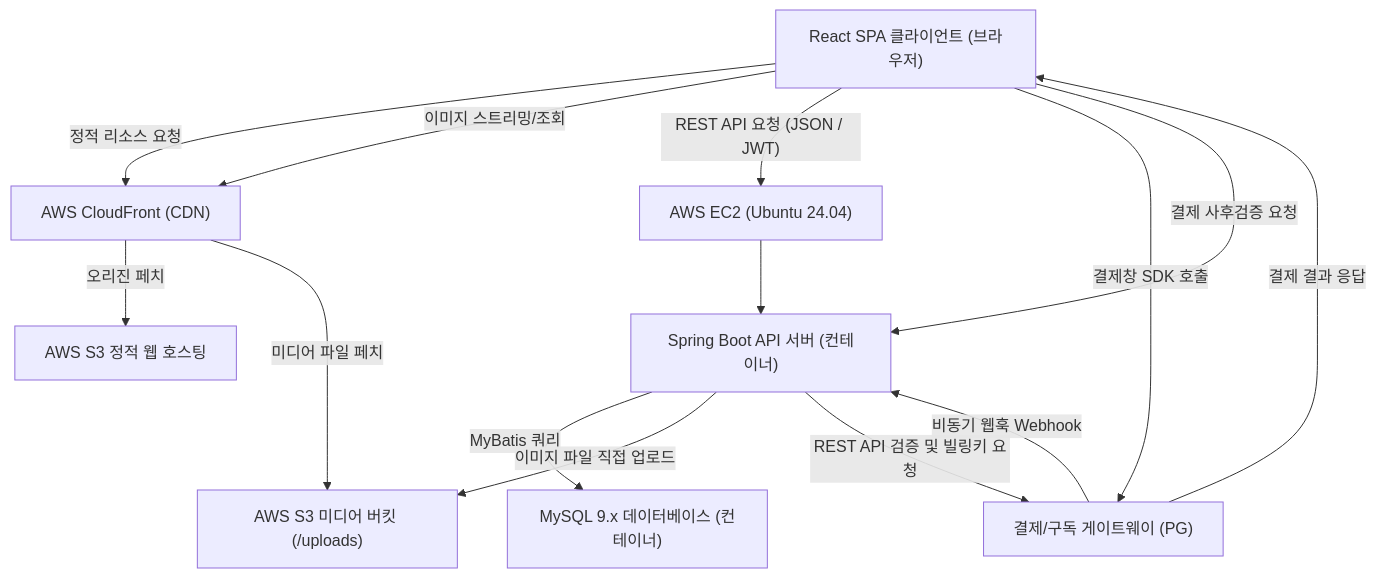
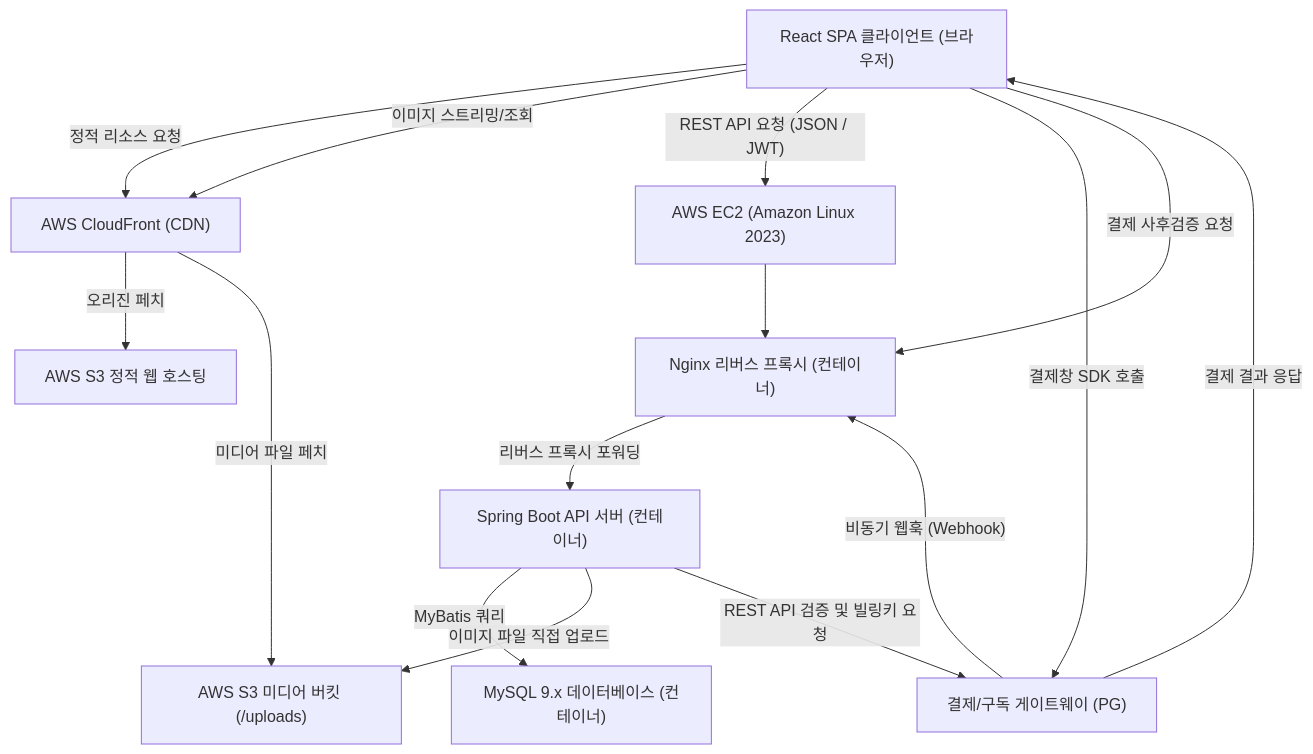
The diagram in docs/02_design/01_architecture.md (likelion-backend-25th/22-project-sns), drawn with Mermaid before and after one commit. The commit also changed other lines of this file, not shown here.

````diff
--- a/docs/02_design/01_architecture.md
+++ b/docs/02_design/01_architecture.md
@@ -15,27 +15,29 @@
 ```mermaid
 graph TD
     Client["React SPA 클라이언트 (브라우저)"]
     CloudFront["AWS CloudFront (CDN)"]
     S3_Static["AWS S3 정적 웹 호스팅"]
     S3_Media["AWS S3 미디어 버킷 (/uploads)"]
-    EC2["AWS EC2 (Ubuntu 24.04)"]
+    EC2["AWS EC2 (Amazon Linux 2023)"]
+    Docker_Nginx["Nginx 리버스 프록시 (컨테이너)"]
     Docker_App["Spring Boot API 서버 (컨테이너)"]
     Docker_DB["MySQL 9.x 데이터베이스 (컨테이너)"]
     PG_Gateway["결제/구독 게이트웨이 (PG)"]
 
     Client -->|정적 리소스 요청| CloudFront
     CloudFront -->|오리진 페치| S3_Static
     Client -->|이미지 스트리밍/조회| CloudFront
     CloudFront -->|미디어 파일 페치| S3_Media
 
     Client -->|"REST API 요청 (JSON / JWT)"| EC2
-    EC2 --> Docker_App
+    EC2 --> Docker_Nginx
+    Docker_Nginx -->|리버스 프록시 포워딩| Docker_App
     Docker_App -->|MyBatis 쿼리| Docker_DB
     Docker_App -->|이미지 파일 직접 업로드| S3_Media
 
     Client -->|결제창 SDK 호출| PG_Gateway
     PG_Gateway -->|결제 결과 응답| Client
-    Client -->|결제 사후검증 요청| Docker_App
+    Client -->|결제 사후검증 요청| Docker_Nginx
     Docker_App -->|REST API 검증 및 빌링키 요청| PG_Gateway
-    PG_Gateway -->|비동기 웹훅 Webhook| Docker_App
+    PG_Gateway -->|"비동기 웹훅 (Webhook)"| Docker_Nginx
 ```
````
